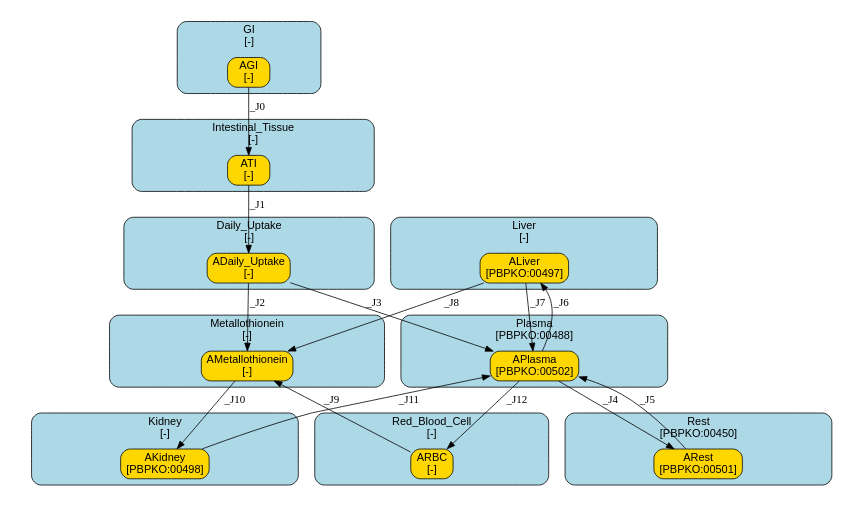
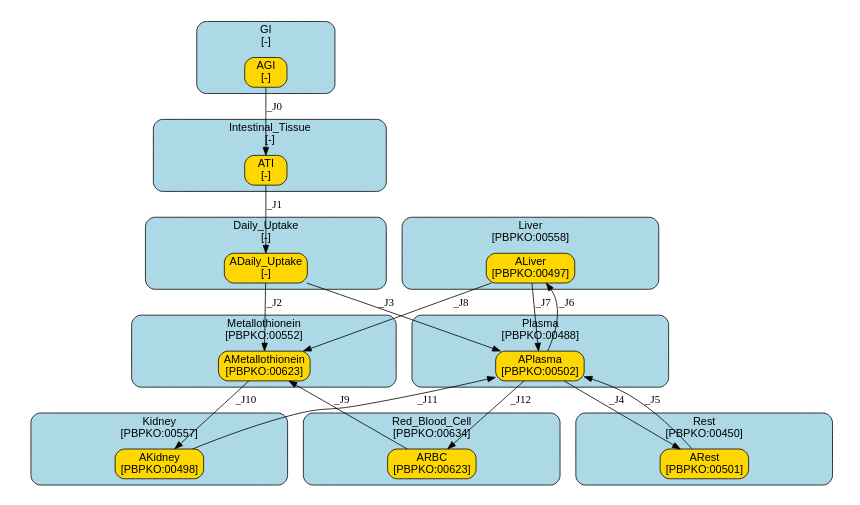
Before and after one commit to fair-pbk/exposure-route-pbk-models: the diagram in models/oral/Heavy Metals/Bechaux_Cd/summary.dot, drawn with Graphviz. The commit also changed 188 other files, not shown here.

```diff
--- a/models/oral/Heavy Metals/Bechaux_Cd/summary.dot
+++ b/models/oral/Heavy Metals/Bechaux_Cd/summary.dot
@@ -1,182 +1,182 @@
 digraph {
 	graph [ratio=fill,
 		size="7,4"
 	];
 	node [fontname=Arial];
 	subgraph cluster_GI {
 		graph [color=black,
 			fillcolor=lightblue,
 			fontname=Arial,
 			href="#compartment-GI",
 			label="GI
 [-]",
 			shape=box,
 			style="filled,rounded"
 		];
 		AGI	[color=black,
 			fillcolor=gold,
 			href="#species-AGI",
 			label="AGI
 [-]",
 			shape=box,
 			style="filled,rounded"];
 	}
 	subgraph cluster_Intestinal_Tissue {
 		graph [color=black,
 			fillcolor=lightblue,
 			fontname=Arial,
 			href="#compartment-Intestinal_Tissue",
 			label="Intestinal_Tissue
 [-]",
 			shape=box,
 			style="filled,rounded"
 		];
 		ATI	[color=black,
 			fillcolor=gold,
 			href="#species-ATI",
 			label="ATI
 [-]",
 			shape=box,
 			style="filled,rounded"];
 	}
 	subgraph cluster_Liver {
 		graph [color=black,
 			fillcolor=lightblue,
 			fontname=Arial,
 			href="#compartment-Liver",
 			label="Liver
-[-]",
+[PBPKO:00558]",
 			shape=box,
 			style="filled,rounded"
 		];
 		ALiver	[color=black,
 			fillcolor=gold,
 			href="#species-ALiver",
 			label="ALiver
 [PBPKO:00497]",
 			shape=box,
 			style="filled,rounded"];
 	}
 	subgraph cluster_Kidney {
 		graph [color=black,
 			fillcolor=lightblue,
 			fontname=Arial,
 			href="#compartment-Kidney",
 			label="Kidney
-[-]",
+[PBPKO:00557]",
 			shape=box,
 			style="filled,rounded"
 		];
 		AKidney	[color=black,
 			fillcolor=gold,
 			href="#species-AKidney",
 			label="AKidney
 [PBPKO:00498]",
 			shape=box,
 			style="filled,rounded"];
 	}
 	subgraph cluster_Plasma {
 		graph [color=black,
 			fillcolor=lightblue,
 			fontname=Arial,
 			href="#compartment-Plasma",
 			label="Plasma
 [PBPKO:00488]",
 			shape=box,
 			style="filled,rounded"
 		];
 		APlasma	[color=black,
 			fillcolor=gold,
 			href="#species-APlasma",
 			label="APlasma
 [PBPKO:00502]",
 			shape=box,
 			style="filled,rounded"];
 	}
 	subgraph cluster_Red_Blood_Cell {
 		graph [color=black,
 			fillcolor=lightblue,
 			fontname=Arial,
 			href="#compartment-Red_Blood_Cell",
 			label="Red_Blood_Cell
-[-]",
+[PBPKO:00634]",
 			shape=box,
 			style="filled,rounded"
 		];
 		ARBC	[color=black,
 			fillcolor=gold,
 			href="#species-ARBC",
 			label="ARBC
-[-]",
+[PBPKO:00623]",
 			shape=box,
 			style="filled,rounded"];
 	}
 	subgraph cluster_Metallothionein {
 		graph [color=black,
 			fillcolor=lightblue,
 			fontname=Arial,
 			href="#compartment-Metallothionein",
 			label="Metallothionein
-[-]",
+[PBPKO:00552]",
 			shape=box,
 			style="filled,rounded"
 		];
 		AMetallothionein	[color=black,
 			fillcolor=gold,
 			href="#species-AMetallothionein",
 			label="AMetallothionein
-[-]",
+[PBPKO:00623]",
 			shape=box,
 			style="filled,rounded"];
 	}
 	subgraph cluster_Rest {
 		graph [color=black,
 			fillcolor=lightblue,
 			fontname=Arial,
 			href="#compartment-Rest",
 			label="Rest
 [PBPKO:00450]",
 			shape=box,
 			style="filled,rounded"
 		];
 		ARest	[color=black,
 			fillcolor=gold,
 			href="#species-ARest",
 			label="ARest
 [PBPKO:00501]",
 			shape=box,
 			style="filled,rounded"];
 	}
 	subgraph cluster_Daily_Uptake {
 		graph [color=black,
 			fillcolor=lightblue,
 			fontname=Arial,
 			href="#compartment-Daily_Uptake",
 			label="Daily_Uptake
 [-]",
 			shape=box,
 			style="filled,rounded"
 		];
 		ADaily_Uptake	[color=black,
 			fillcolor=gold,
 			href="#species-ADaily_Uptake",
 			label="ADaily_Uptake
 [-]",
 			shape=box,
 			style="filled,rounded"];
 	}
 	AGI -> ATI	[label=_J0,
 		minlen=1];
 	ATI -> ADaily_Uptake	[label=_J1];
 	ALiver -> APlasma	[label=_J7];
 	ALiver -> AMetallothionein	[label=_J8];
 	AKidney -> APlasma	[label=_J11];
 	APlasma -> ALiver	[label=_J6];
 	APlasma -> ARBC	[label=_J12];
 	APlasma -> ARest	[label=_J4];
 	ARBC -> AMetallothionein	[label=_J9];
 	AMetallothionein -> AKidney	[label=_J10];
 	ARest -> APlasma	[label=_J5];
 	ADaily_Uptake -> APlasma	[label=_J3];
 	ADaily_Uptake -> AMetallothionein	[label=_J2];
 }
```
